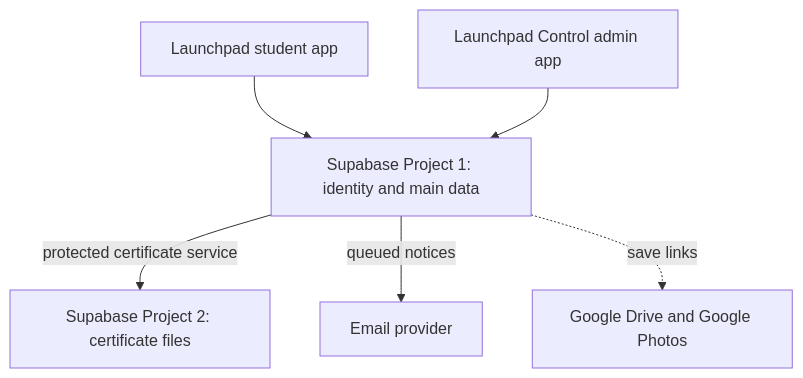
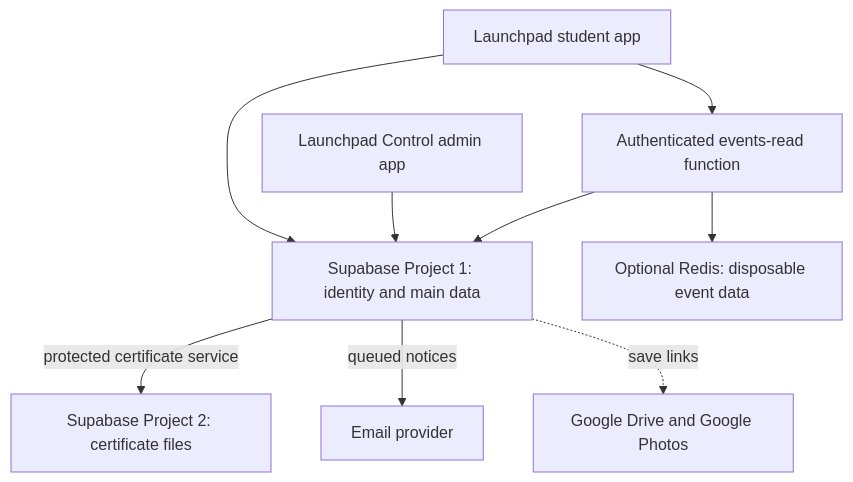
Before and after one commit to Techspace-srmuh/launchpad: the diagram in README.md, drawn with Mermaid. The commit also changed other lines of this file and 10 other files, not shown here.

Commit message:
docs: record event validation and Redis setup

````diff
--- a/README.md
+++ b/README.md
@@ -42,8 +52,11 @@
 ```mermaid
 flowchart TB
   Student["Launchpad student app"] --> Main["Supabase Project 1: identity and main data"]
   Admin["Launchpad Control admin app"] --> Main
+  Student --> EventRead["Authenticated events-read function"]
+  EventRead --> Main
+  EventRead --> Redis["Optional Redis: disposable event data"]
   Main -->|"protected certificate service"| Cert["Supabase Project 2: certificate files"]
   Main -->|"queued notices"| Email["Email provider"]
   Main -.->|"save links"| Links["Google Drive and Google Photos"]
 ```
````
